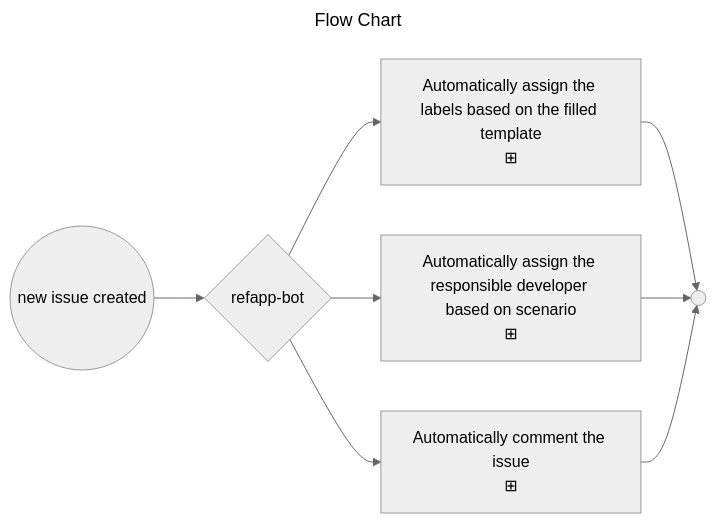
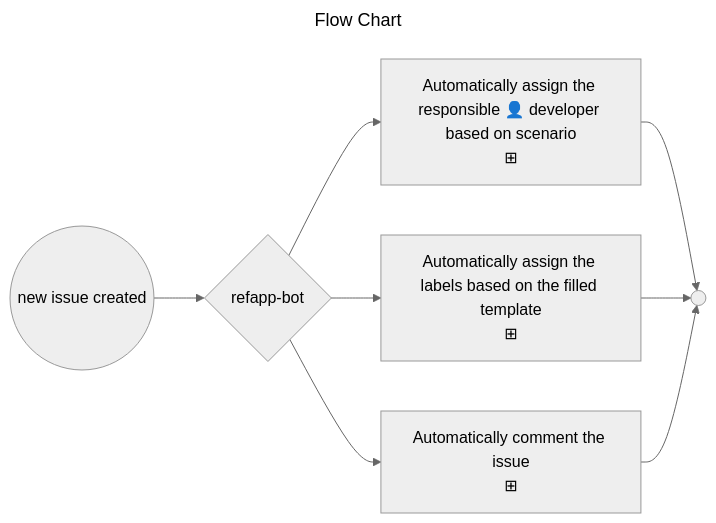
One commit to ejazsyed/validation-issue changed the diagram in README.md. Above: the diagram before and after it, drawn with Mermaid (neutral theme). The commit also changed other lines of this file, not shown here.

Commit message:
issu-bot

````diff
--- a/README.md
+++ b/README.md
@@ -6,13 +6,13 @@
 ```mermaid
 ---
 title: Flow Chart
 ---
 flowchart LR
     start((new issue created)) --> p1{refapp-bot}
-    p1 --> assignee["Automatically assign the labels based on the filled template\n⊞"]
-    p1 --> label["Automatically assign the responsible developer based on scenario\n⊞"]
+    p1 --> assignee["Automatically assign the responsible 👤 developer based on scenario\n⊞"]
+    p1 --> label["Automatically assign the labels based on the filled template\n⊞"]
     p1 --> comment["Automatically comment the issue\n⊞"]
     assignee --> e1(( ))
     label --> e1
     comment --> e1
 ```
````
